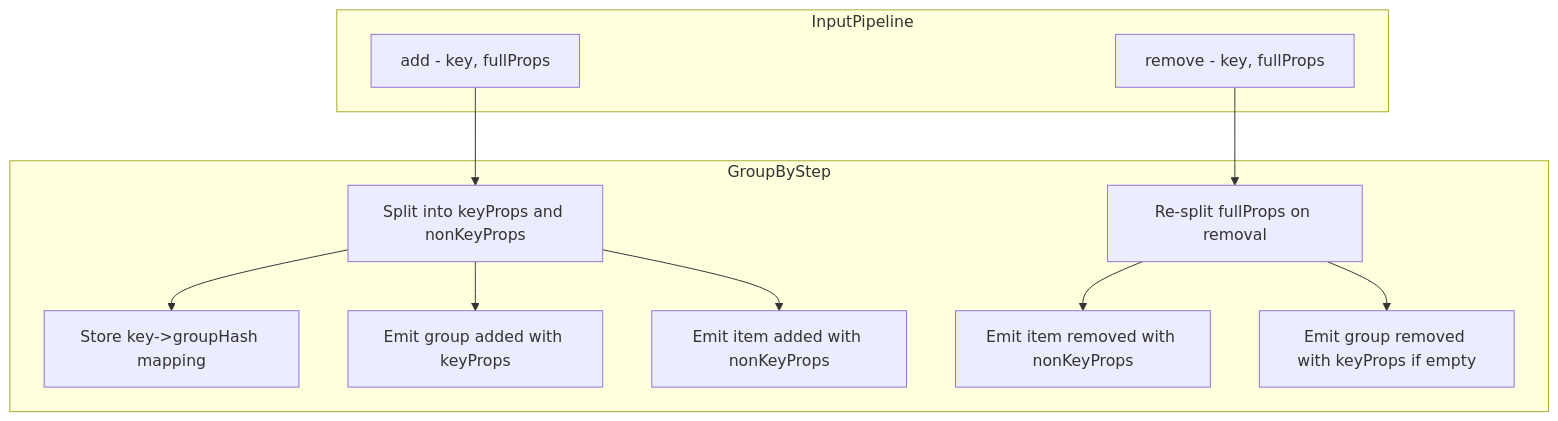
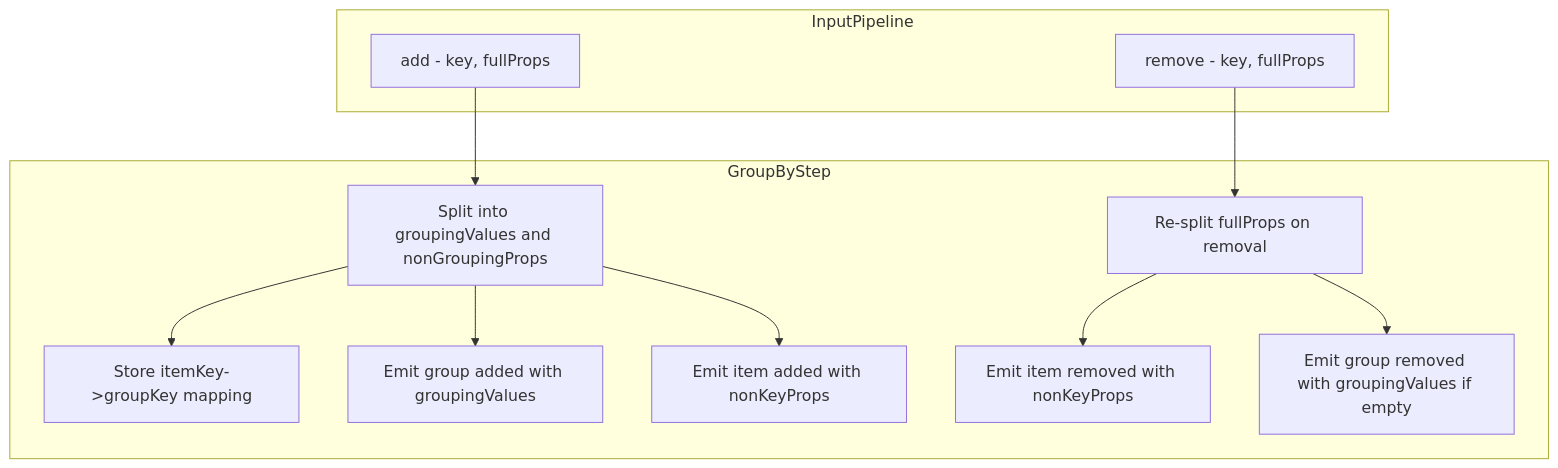
Before and after one commit to michaellperry/aggregator-toy: the third of 3 diagrams in docs/removed-handler-immutable-props-design.md, drawn with Mermaid. The commit also changed other lines of this file and 20 other files, not shown here.

````diff
--- a/docs/removed-handler-immutable-props-design.md
+++ b/docs/removed-handler-immutable-props-design.md
@@ -441,27 +441,27 @@
 ```mermaid
 flowchart TD
     subgraph InputPipeline
         ADD[add - key, fullProps]
         REM[remove - key, fullProps]
     end
     
     subgraph GroupByStep
-        SPLIT_ADD[Split into keyProps and nonKeyProps]
-        STORE_MAPPING[Store key->groupHash mapping]
-        GROUP_ADD[Emit group added with keyProps]
+        SPLIT_ADD[Split into groupingValues and nonGroupingProps]
+        STORE_MAPPING[Store itemKey->groupKey mapping]
+        GROUP_ADD[Emit group added with groupingValues]
         ITEM_ADD[Emit item added with nonKeyProps]
         
         SPLIT_REM[Re-split fullProps on removal]
         ITEM_REM[Emit item removed with nonKeyProps]
-        GROUP_REM[Emit group removed with keyProps if empty]
+        GROUP_REM[Emit group removed with groupingValues if empty]
     end
     
     ADD --> SPLIT_ADD
     SPLIT_ADD --> STORE_MAPPING
     SPLIT_ADD --> GROUP_ADD
     SPLIT_ADD --> ITEM_ADD
     
     REM --> SPLIT_REM
     SPLIT_REM --> ITEM_REM
     SPLIT_REM --> GROUP_REM
 ```
````
